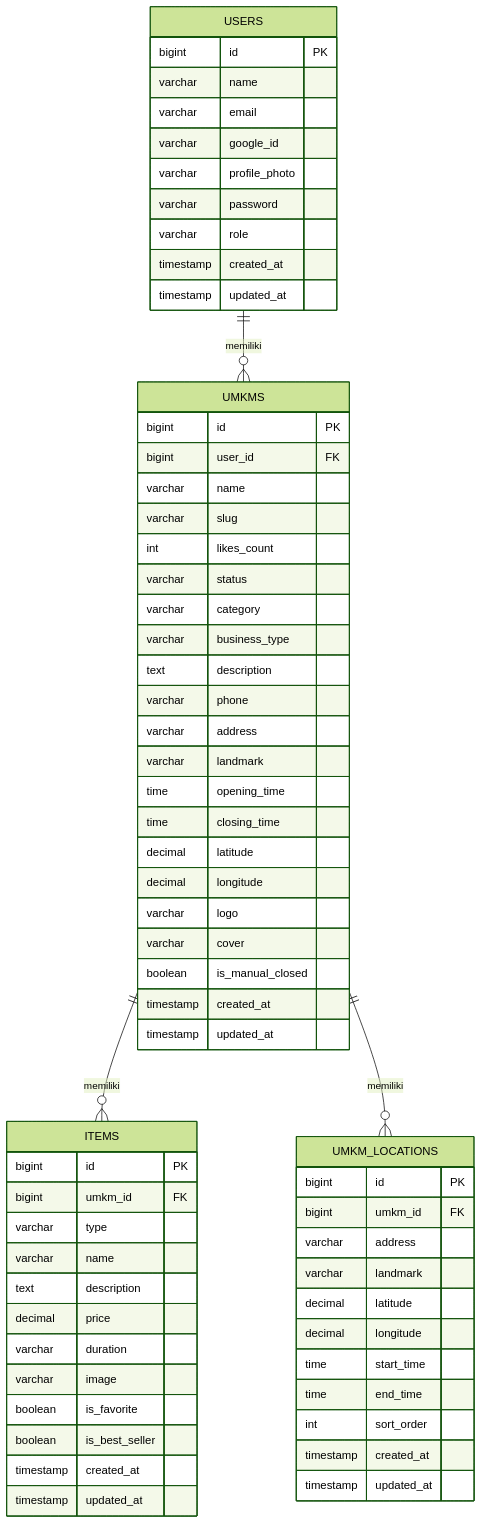
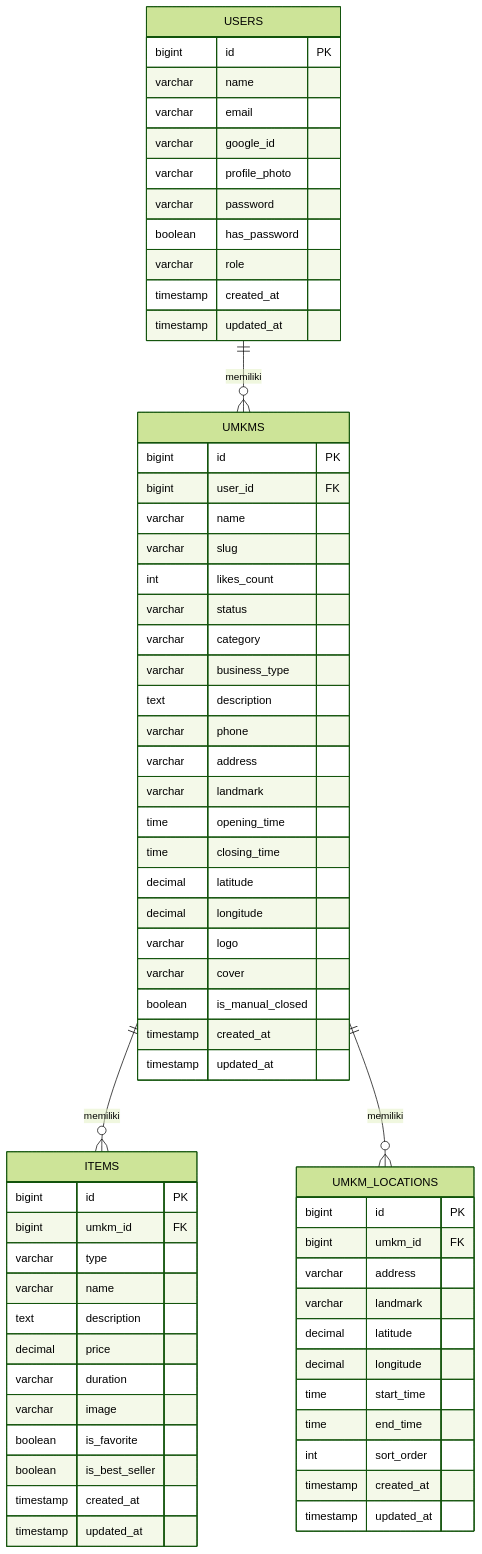
Before and after one commit to FathurrizqiRPL/UMKMKita: the second of 2 diagrams in README.md, drawn with Mermaid (forest theme). The commit also changed other lines of this file and 9 other files, not shown here.

Commit message:
perbaikan google autentikasi untuk profile dan password, menambahkan kolom has_password pada tabel users untuk menandai apakah user memiliki password atau tidak, dan menambahkan validasi pada update password untuk user yang menggunakan google autentikasi.

````diff
--- a/README.md
+++ b/README.md
@@ -238,71 +238,72 @@
 ```mermaid
 erDiagram
     USERS ||--o{ UMKMS : memiliki
     UMKMS ||--o{ ITEMS : memiliki
     UMKMS ||--o{ UMKM_LOCATIONS : memiliki
 
     USERS {
-        bigint id PK
-        varchar name
-        varchar email
-        varchar google_id
-        varchar profile_photo
-        varchar password
-        varchar role
-        timestamp created_at
-        timestamp updated_at
-    }
+    bigint id PK
+    varchar name
+    varchar email
+    varchar google_id
+    varchar profile_photo
+    varchar password
+    boolean has_password
+    varchar role
+    timestamp created_at
+    timestamp updated_at
+}
 
     UMKMS {
         bigint id PK
         bigint user_id FK
         varchar name
         varchar slug
         int likes_count
         varchar status
         varchar category
         varchar business_type
         text description
         varchar phone
         varchar address
         varchar landmark
         time opening_time
         time closing_time
         decimal latitude
         decimal longitude
         varchar logo
         varchar cover
         boolean is_manual_closed
         timestamp created_at
         timestamp updated_at
     }
 
     ITEMS {
         bigint id PK
         bigint umkm_id FK
         varchar type
         varchar name
         text description
         decimal price
         varchar duration
         varchar image
         boolean is_favorite
         boolean is_best_seller
         timestamp created_at
         timestamp updated_at
     }
 
     UMKM_LOCATIONS {
         bigint id PK
         bigint umkm_id FK
         varchar address
         varchar landmark
         decimal latitude
         decimal longitude
         time start_time
         time end_time
         int sort_order
         timestamp created_at
         timestamp updated_at
     }
 ```
````
